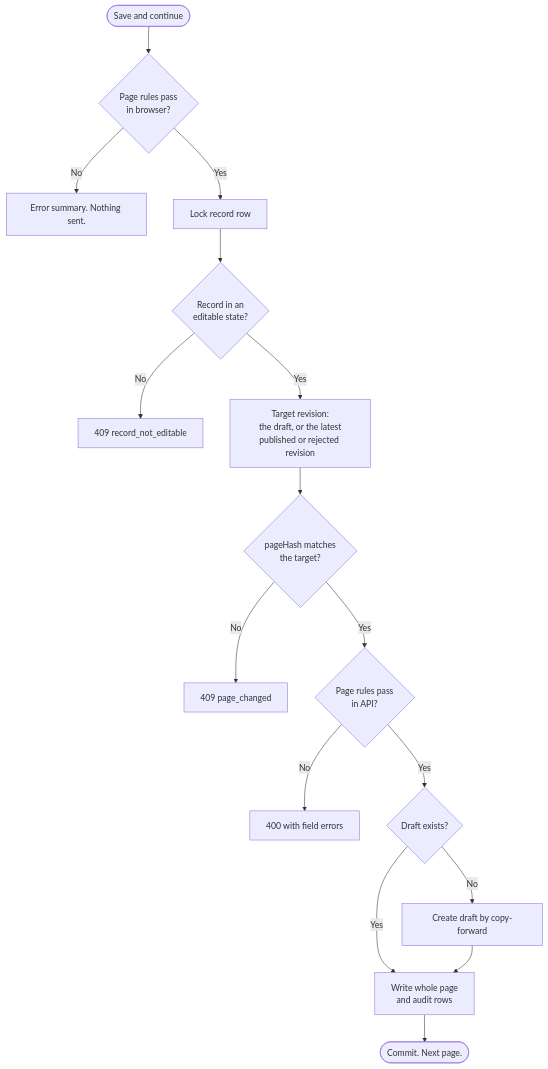
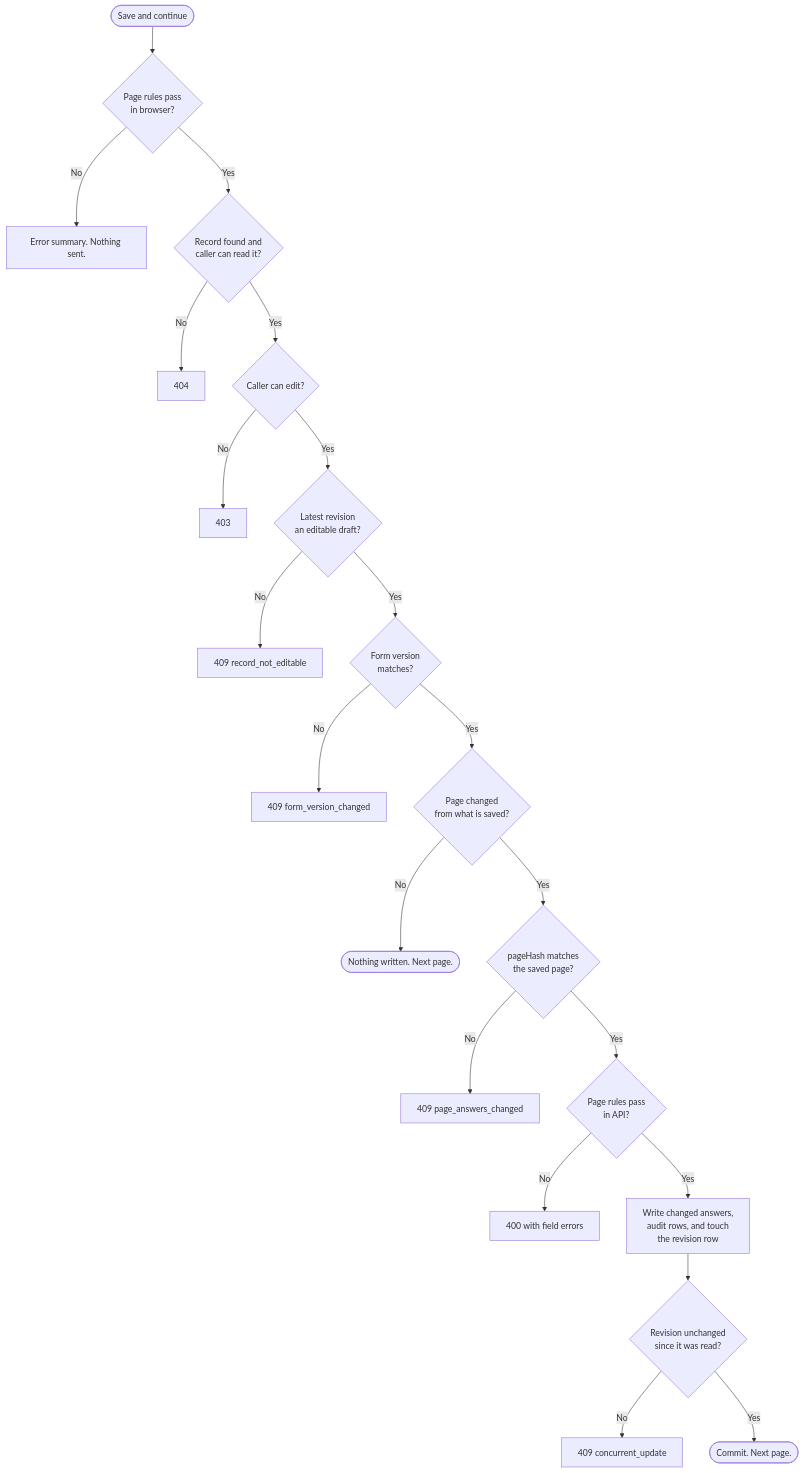
One commit to ditnice/aws-UKPS changed the first of 2 diagrams in documentation/records/validation-and-concurrency.md. Above: the diagram before and after it, drawn with Mermaid. The commit also changed other lines of this file and 1 other file, not shown here.

````diff
--- a/documentation/records/validation-and-concurrency.md
+++ b/documentation/records/validation-and-concurrency.md
@@ -29,18 +32,23 @@
 ```mermaid
 flowchart TD
     S([Save and continue]) --> BV{Page rules pass<br/>in browser?}
     BV -- No --> E1[Error summary. Nothing sent.]
-    BV -- Yes --> L[Lock record row]
-    L --> ED{Record in an <br/>editable state?}
+    BV -- Yes --> F{Record found and<br/>caller can read it?}
+    F -- No --> E0[404]
+    F -- Yes --> CE{Caller can edit?}
+    CE -- No --> E5[403]
+    CE -- Yes --> ED{Latest revision<br/>an editable draft?}
     ED -- No --> E3[409 record_not_editable]
-    ED -- Yes --> T["Target revision:<br/>the draft, or the latest<br/>published or rejected revision"]
-    T --> H{pageHash matches<br/>the target?}
-    H -- No --> E4[409 page_changed]
+    ED -- Yes --> FV{Form version<br/>matches?}
+    FV -- No --> E6[409 form_version_changed]
+    FV -- Yes --> NC{Page changed<br/>from what is saved?}
+    NC -- No --> OK0([Nothing written. Next page.])
+    NC -- Yes --> H{pageHash matches<br/>the saved page?}
+    H -- No --> E4[409 page_answers_changed]
     H -- Yes --> AV{Page rules pass<br/>in API?}
     AV -- No --> E2[400 with field errors]
-    AV -- Yes --> DR{Draft exists?}
-    DR -- No --> CF[Create draft by copy-forward]
-    DR -- Yes --> W[Write whole page<br/>and audit rows]
-    CF --> W
-    W --> OK([Commit. Next page.])
+    AV -- Yes --> W[Write changed answers,<br/>audit rows, and touch<br/>the revision row]
+    W --> X{Revision unchanged<br/>since it was read?}
+    X -- No --> E7[409 concurrent_update]
+    X -- Yes --> OK([Commit. Next page.])
 ```
````
